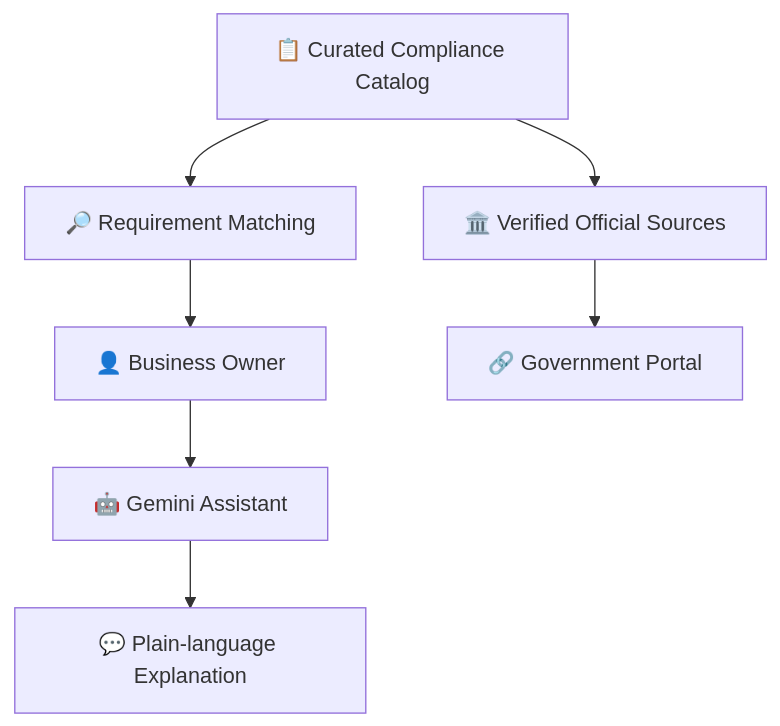
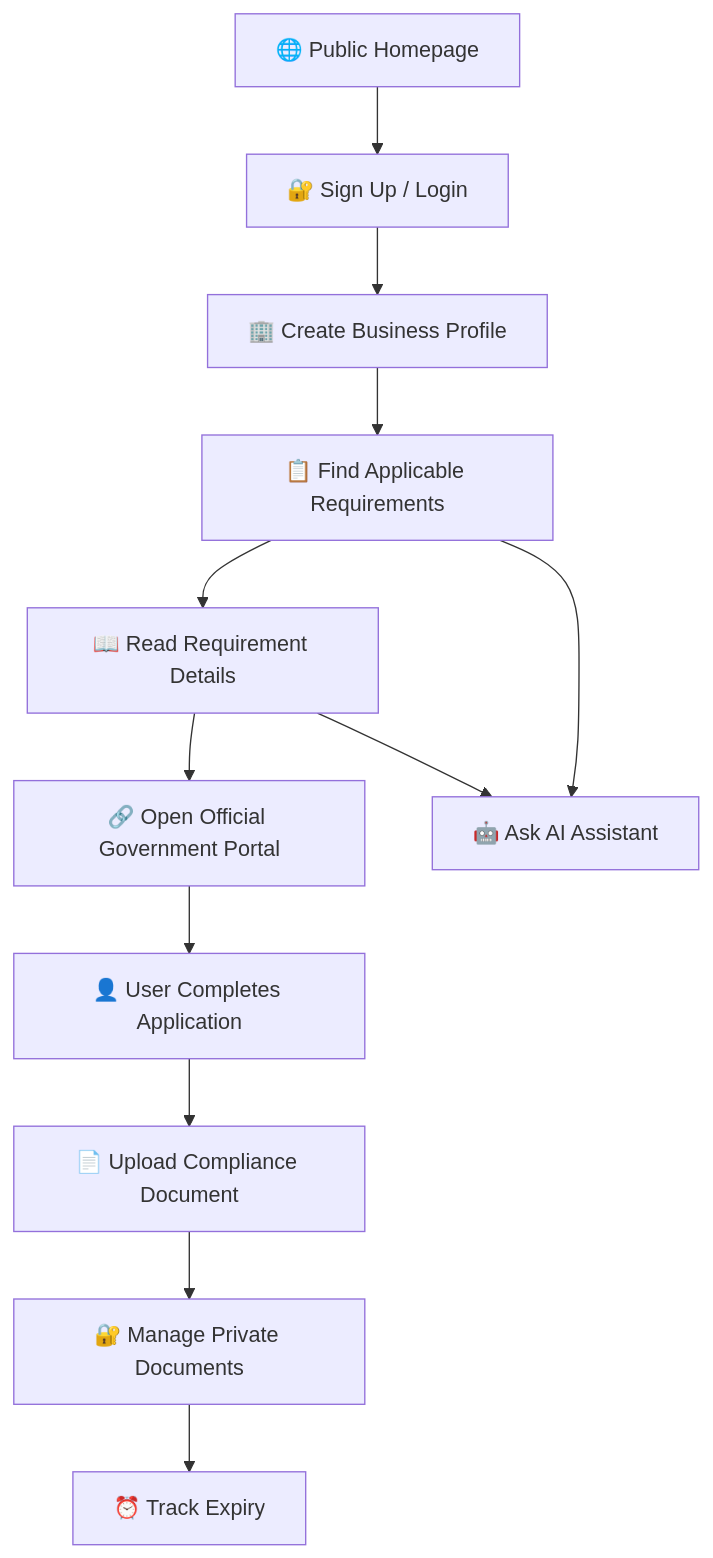
Before and after one commit to aryanbindal89/SmallBiz-AI: the second of 3 diagrams in README.md, drawn with Mermaid. The commit also changed other lines of this file, not shown here.

````diff
--- a/README.md
+++ b/README.md
@@ -282,17 +335,27 @@
 ```mermaid
-flowchart TB
+flowchart TD
 
-    Catalog["📋 Curated Compliance Catalog"]
+    A["🌐 Public Homepage"]
+    B["🔐 Sign Up / Login"]
+    C["🏢 Create Business Profile"]
+    D["📋 Find Applicable Requirements"]
+    E["📖 Read Requirement Details"]
+    F["🔗 Open Official Government Portal"]
+    G["👤 User Completes Application"]
+    H["📄 Upload Compliance Document"]
+    I["🔐 Manage Private Documents"]
+    J["⏰ Track Expiry"]
+    K["🤖 Ask AI Assistant"]
 
-    Catalog --> Match["🔎 Requirement Matching"]
-
-    Match --> User["👤 Business Owner"]
-
-    User --> AI["🤖 Gemini Assistant"]
-
-    AI --> Explanation["💬 Plain-language Explanation"]
-
-    Catalog --> Official["🏛️ Verified Official Sources"]
-
-    Official --> Portal["🔗 Government Portal"]
+    A --> B
+    B --> C
+    C --> D
+    D --> E
+    E --> F
+    F --> G
+    G --> H
+    H --> I
+    I --> J
+    D --> K
+    E --> K
 ```
````
